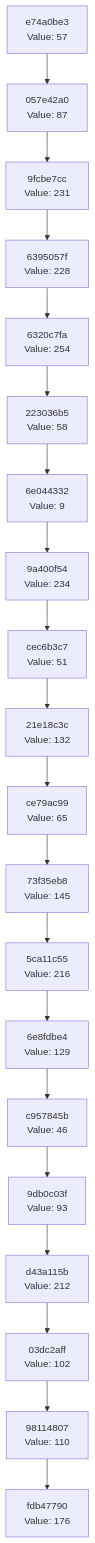
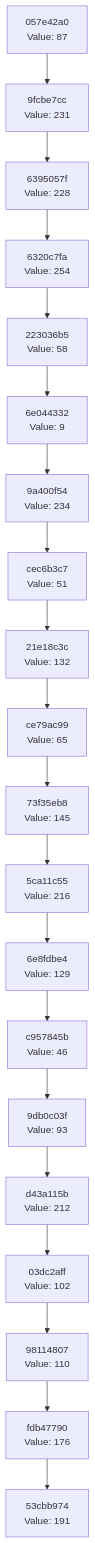
Before and after one commit to Abhisheksinha1506/hash-chain-evolver: the diagram in docs/CHAIN_VISUALIZATION.md, drawn with Mermaid. The commit also changed 2 other files, not shown here.

Commit message:
Evolution Step

````diff
--- a/docs/CHAIN_VISUALIZATION.md
+++ b/docs/CHAIN_VISUALIZATION.md
@@ -3,42 +3,42 @@
 ```mermaid
 graph TD
-    C0["fdb47790<br/>Value: 176"]
-    C1["98114807<br/>Value: 110"]
+    C0["53cbb974<br/>Value: 191"]
+    C1["fdb47790<br/>Value: 176"]
     C1 --> C0
-    C2["03dc2aff<br/>Value: 102"]
+    C2["98114807<br/>Value: 110"]
     C2 --> C1
-    C3["d43a115b<br/>Value: 212"]
+    C3["03dc2aff<br/>Value: 102"]
     C3 --> C2
-    C4["9db0c03f<br/>Value: 93"]
+    C4["d43a115b<br/>Value: 212"]
     C4 --> C3
-    C5["c957845b<br/>Value: 46"]
+    C5["9db0c03f<br/>Value: 93"]
     C5 --> C4
-    C6["6e8fdbe4<br/>Value: 129"]
+    C6["c957845b<br/>Value: 46"]
     C6 --> C5
-    C7["5ca11c55<br/>Value: 216"]
+    C7["6e8fdbe4<br/>Value: 129"]
     C7 --> C6
-    C8["73f35eb8<br/>Value: 145"]
+    C8["5ca11c55<br/>Value: 216"]
     C8 --> C7
-    C9["ce79ac99<br/>Value: 65"]
+    C9["73f35eb8<br/>Value: 145"]
     C9 --> C8
-    C10["21e18c3c<br/>Value: 132"]
+    C10["ce79ac99<br/>Value: 65"]
     C10 --> C9
-    C11["cec6b3c7<br/>Value: 51"]
+    C11["21e18c3c<br/>Value: 132"]
     C11 --> C10
-    C12["9a400f54<br/>Value: 234"]
+    C12["cec6b3c7<br/>Value: 51"]
     C12 --> C11
-    C13["6e044332<br/>Value: 9"]
+    C13["9a400f54<br/>Value: 234"]
     C13 --> C12
-    C14["223036b5<br/>Value: 58"]
+    C14["6e044332<br/>Value: 9"]
     C14 --> C13
-    C15["6320c7fa<br/>Value: 254"]
+    C15["223036b5<br/>Value: 58"]
     C15 --> C14
-    C16["6395057f<br/>Value: 228"]
+    C16["6320c7fa<br/>Value: 254"]
     C16 --> C15
-    C17["9fcbe7cc<br/>Value: 231"]
+    C17["6395057f<br/>Value: 228"]
     C17 --> C16
-    C18["057e42a0<br/>Value: 87"]
+    C18["9fcbe7cc<br/>Value: 231"]
     C18 --> C17
-    C19["e74a0be3<br/>Value: 57"]
+    C19["057e42a0<br/>Value: 87"]
     C19 --> C18
 ```
````
